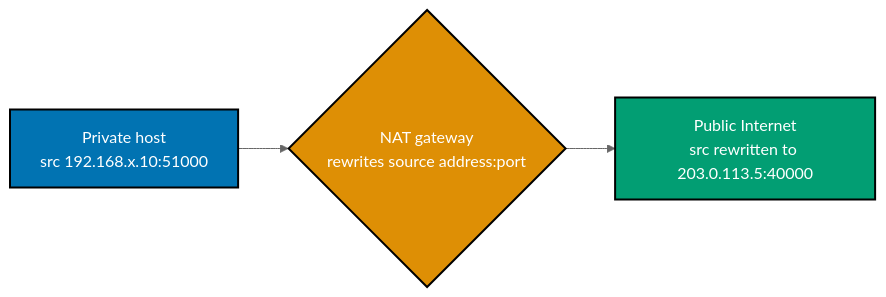
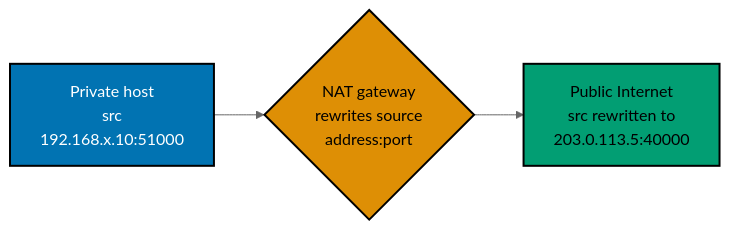
Before and after one commit to wahidyankf/ose-public: the third of 3 diagrams in apps/ayokoding-www/content/en/learn/courses/advanced-networking/learning/beginner.md, drawn with Mermaid (neutral theme). The commit also changed other lines of this file and 144 other files, not shown here.

First line of the commit message:
fix(mermaid): bring the first half of the courses diagrams onto the accessible palette

````diff
--- a/apps/ayokoding-www/content/en/learn/courses/advanced-networking/learning/beginner.md
+++ b/apps/ayokoding-www/content/en/learn/courses/advanced-networking/learning/beginner.md
@@ -758,10 +764,13 @@
 ```mermaid
 %% Color Palette: Blue #0173B2, Orange #DE8F05, Teal #029E73
 graph LR
-    A["Private host<br/>src 192.168.x.10:51000"]:::blue --> G{"NAT gateway<br/>rewrites source address:port"}:::orange
-    G --> B["Public Internet<br/>src rewritten to 203.0.113.5:40000"]:::teal
+    accTitle: Example 12: NAT Translation -- a Packet Crossing the Gateway
+    accDescr: Graph with 3 nodes and 2 connections. Nodes: Private host src 192.168.x.10:51000, NAT gateway rewrites source address:port, Public Internet src rewritten to 203.0.113.5:40000. Connections: Private host src 192.168.x.10:51000 to NAT gateway rewrites source address:port, NAT gateway rewrites source address:port to Public Internet src rewritten to 203.0.113.5:40000.
+    A["Private host<br/>src<br/>192.168.x.10:51000"]:::blue --> G{"NAT gateway<br/>rewrites source<br/>address:port"}:::orange
+    G --> B["Public Internet<br/>src rewritten to<br/>203.0.113.5:40000"]:::teal
 
     classDef blue fill:#0173B2,stroke:#000000,color:#FFFFFF,stroke-width:2px
-    classDef orange fill:#DE8F05,stroke:#000000,color:#FFFFFF,stroke-width:2px
-    classDef teal fill:#029E73,stroke:#000000,color:#FFFFFF,stroke-width:2px
+    classDef orange fill:#DE8F05,stroke:#000000,color:#000000,stroke-width:2px
+    classDef teal fill:#029E73,stroke:#000000,color:#000000,stroke-width:2px
+    classDef default fill:#FFFFFF,stroke:#000000,color:#000000
 ```
````
